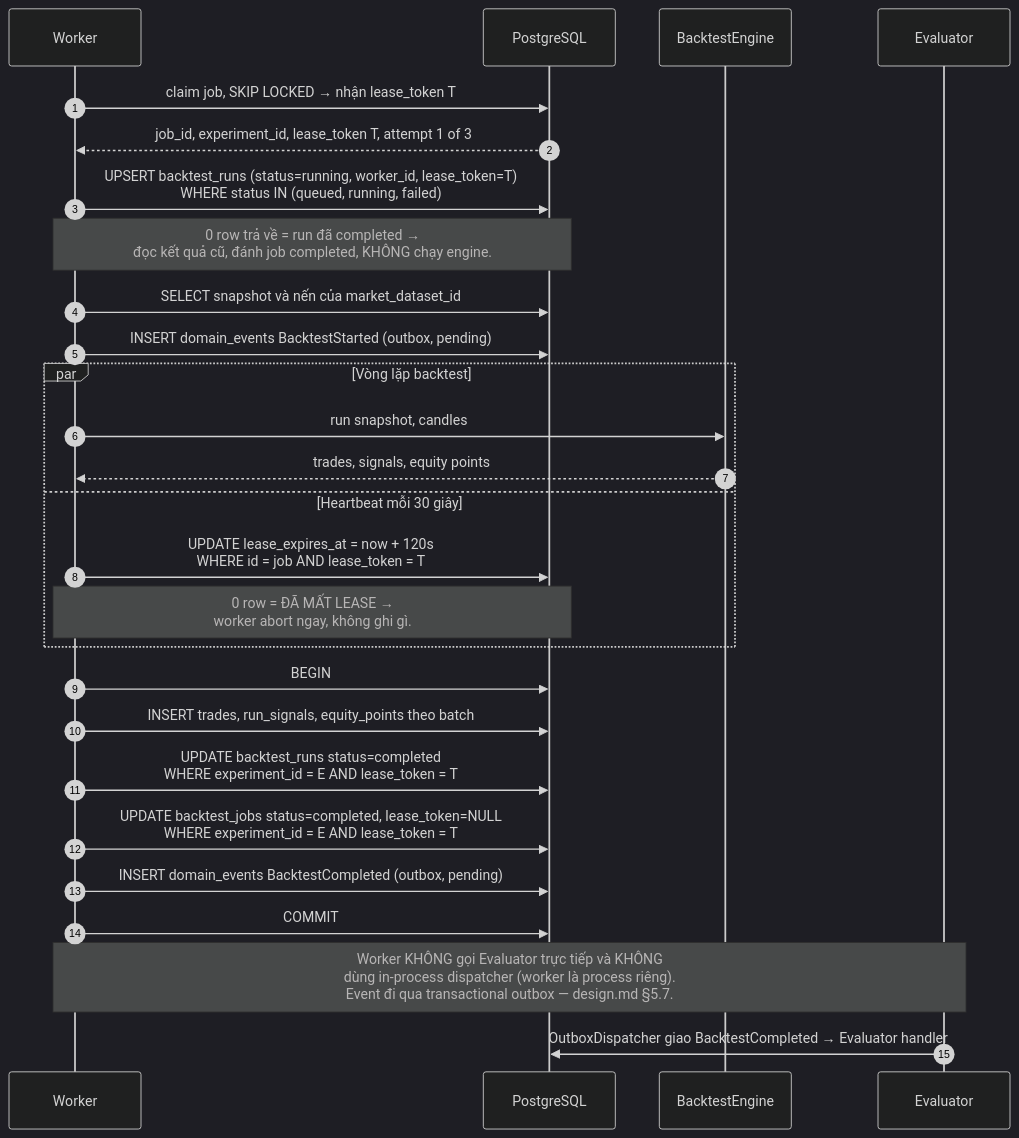
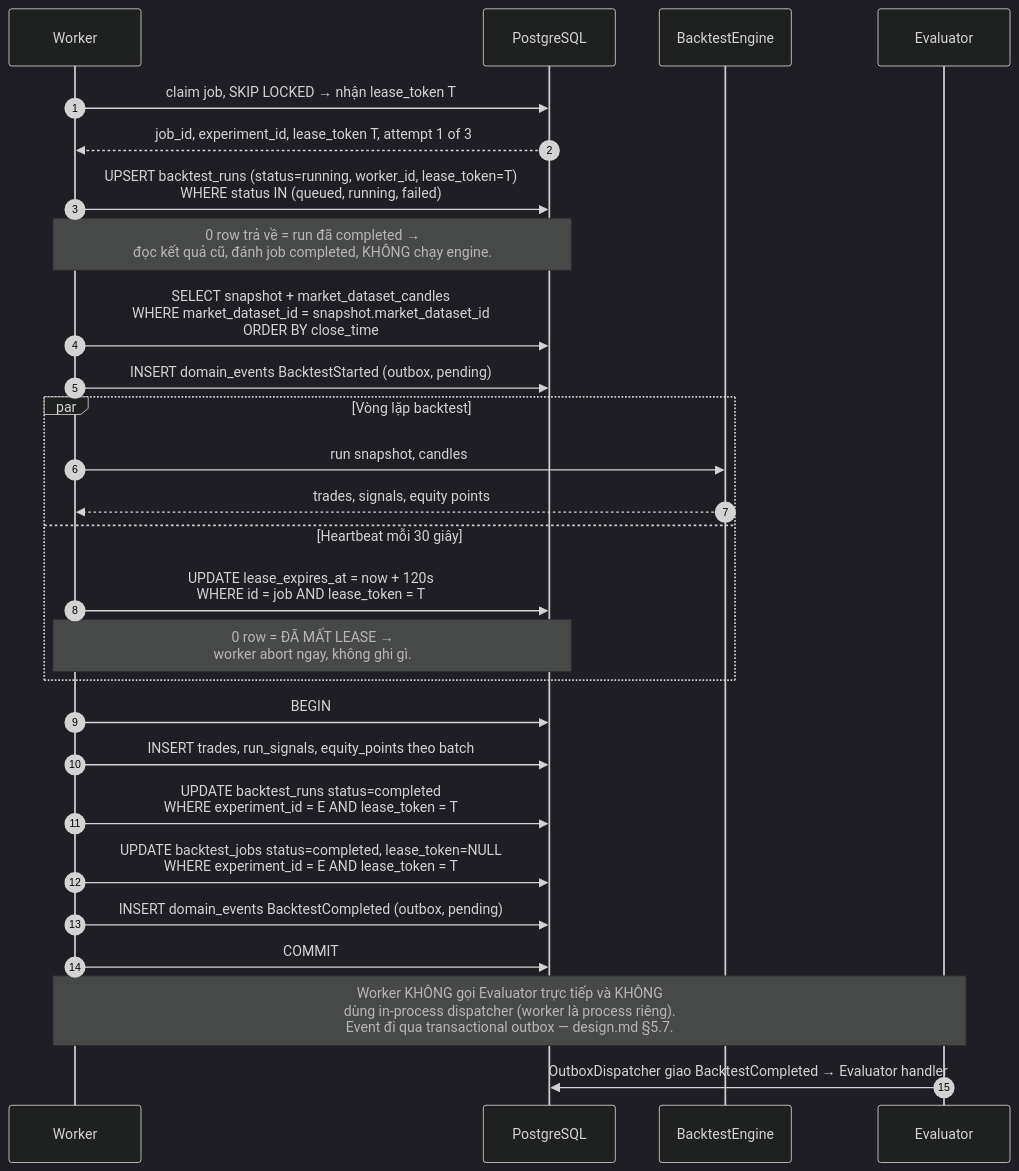
One commit to EnsoTech-Studio/CryptoBot changed the diagram in blueprint/assets/diagrams/17-experiment-worker-execution.mmd. Above: the diagram before and after it, drawn with Mermaid (dark theme). The commit also changed 59 other files, not shown here.

Commit message:
update(blueprint): finalize architecture contracts

```diff
--- a/blueprint/assets/diagrams/17-experiment-worker-execution.mmd
+++ b/blueprint/assets/diagrams/17-experiment-worker-execution.mmd
@@ -1,28 +1,28 @@
 sequenceDiagram
     autonumber
     participant W as Worker
     participant DB as PostgreSQL
     participant ENG as BacktestEngine
     participant EVA as Evaluator
 
     W->>DB: claim job, SKIP LOCKED → nhận lease_token T
     DB-->>W: job_id, experiment_id, lease_token T, attempt 1 of 3
     W->>DB: UPSERT backtest_runs (status=running, worker_id, lease_token=T)<br/>WHERE status IN (queued, running, failed)
     Note over W,DB: 0 row trả về = run đã completed →<br/>đọc kết quả cũ, đánh job completed, KHÔNG chạy engine.
-    W->>DB: SELECT snapshot và nến của market_dataset_id
+    W->>DB: SELECT snapshot + market_dataset_candles<br/>WHERE market_dataset_id = snapshot.market_dataset_id<br/>ORDER BY close_time
     W->>DB: INSERT domain_events BacktestStarted (outbox, pending)
     par Vòng lặp backtest
         W->>ENG: run snapshot, candles
         ENG-->>W: trades, signals, equity points
     and Heartbeat mỗi 30 giây
         W->>DB: UPDATE lease_expires_at = now + 120s<br/>WHERE id = job AND lease_token = T
         Note over W,DB: 0 row = ĐÃ MẤT LEASE →<br/>worker abort ngay, không ghi gì.
     end
     W->>DB: BEGIN
     W->>DB: INSERT trades, run_signals, equity_points theo batch
     W->>DB: UPDATE backtest_runs status=completed<br/>WHERE experiment_id = E AND lease_token = T
     W->>DB: UPDATE backtest_jobs status=completed, lease_token=NULL<br/>WHERE experiment_id = E AND lease_token = T
     W->>DB: INSERT domain_events BacktestCompleted (outbox, pending)
     W->>DB: COMMIT
     Note over W,EVA: Worker KHÔNG gọi Evaluator trực tiếp và KHÔNG<br/>dùng in-process dispatcher (worker là process riêng).<br/>Event đi qua transactional outbox — design.md §5.7.
     EVA->>DB: OutboxDispatcher giao BacktestCompleted → Evaluator handler
```
